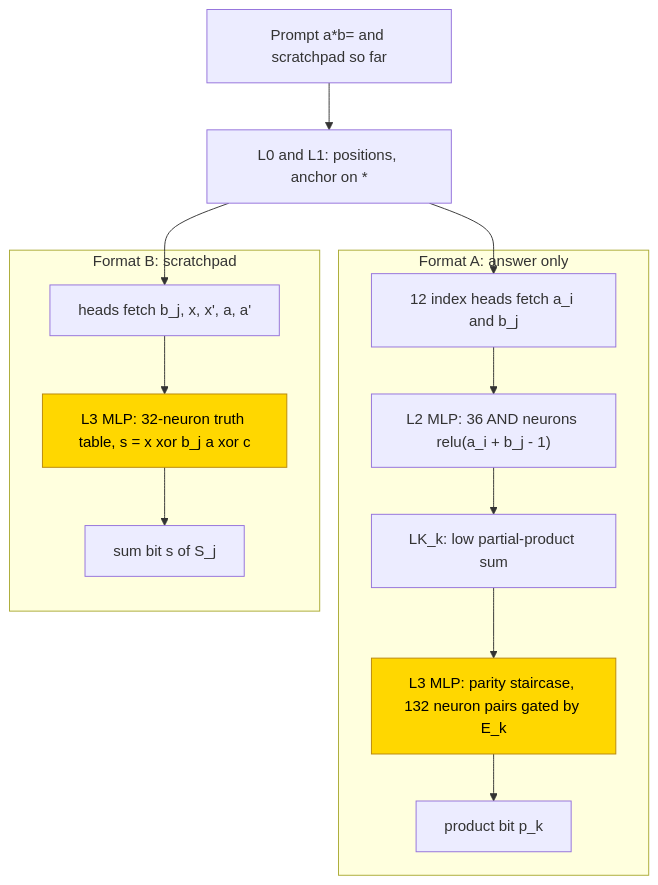
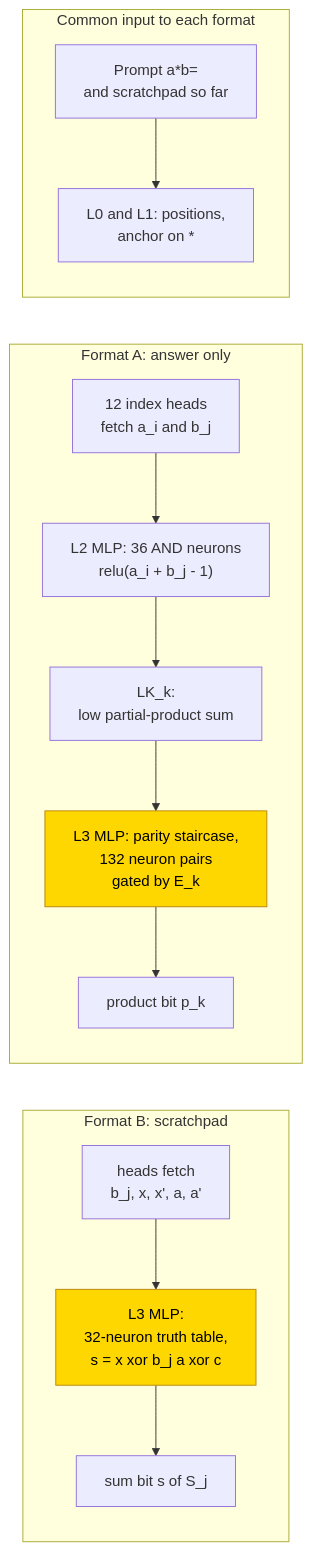
The first of 2 diagrams in entries/multiplication.md (jc1122/mechanistic-interpretability-circuit-atlas), drawn with Mermaid before and after one commit. The commit also changed other lines of this file and 40 other files, not shown here.

First line of the commit message:
Cold-reader pass on all 41 entries: reading routes, first-screen scopes, accessible diagrams, verified headline sources (ux_reader1/2)

````diff
--- a/entries/multiplication.md
+++ b/entries/multiplication.md
@@ -104,18 +106,27 @@
 ```mermaid
 flowchart TD
-    P["Prompt a*b= and scratchpad so far"] --> POS["L0 and L1: positions, anchor on *"]
+    accTitle: Hand-built direct and running-sum multiplication
+    accDescr: Position heads lead either to pairwise bit products and a parity staircase, or to the scratchpad adder truth table. The marked final MLP is trained in PART in each format.
+    subgraph FRAME["Common input to each format"]
+        direction TB
+        P["Prompt a*b=<br/>and scratchpad so far"] --> POS["L0 and L1: positions,<br/>anchor on *"]
+    end
     subgraph FA["Format A: answer only"]
-        FA1["12 index heads fetch a_i and b_j"] --> FA2["L2 MLP: 36 AND neurons relu(a_i + b_j - 1)"]
-        FA2 --> FA3["LK_k: low partial-product sum"]
-        FA3 --> FA4["L3 MLP: parity staircase, 132 neuron pairs gated by E_k"]
+        direction TB
+        FA1["12 index heads<br/>fetch a_i and b_j"] --> FA2["L2 MLP: 36 AND neurons<br/>relu(a_i + b_j - 1)"]
+        FA2 --> FA3["LK_k:<br/>low partial-product sum"]
+        FA3 --> FA4["L3 MLP: parity staircase,<br/>132 neuron pairs<br/>gated by E_k"]
         FA4 --> FA5["product bit p_k"]
     end
     subgraph FB["Format B: scratchpad"]
-        FB1["heads fetch b_j, x, x', a, a'"] --> FB2["L3 MLP: 32-neuron truth table, s = x xor b_j a xor c"]
+        direction TB
+        FB1["heads fetch<br/>b_j, x, x', a, a'"] --> FB2["L3 MLP:<br/>32-neuron truth table,<br/>s = x xor b_j a xor c"]
         FB2 --> FB3["sum bit s of S_j"]
     end
-    POS --> FA1
-    POS --> FB1
+    %% Both alternatives read the common input above. These invisible links
+    %% stack panels; they are not computational paths between formats.
+    FRAME ~~~ FA
+    FA ~~~ FB
     classDef trained fill:gold,stroke:darkgoldenrod,color:black
     class FA4,FB2 trained
 ```
````
